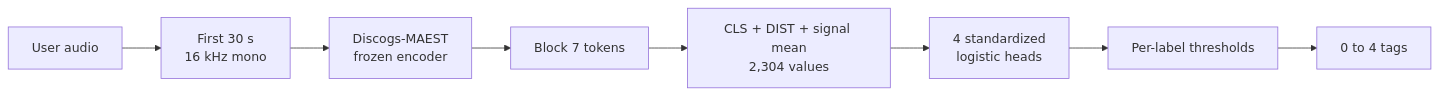
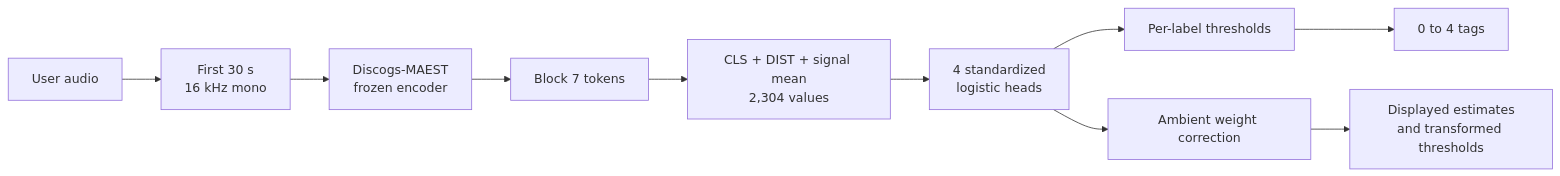
Before and after one commit to f0rKyrie1rving/music-classification: the diagram in README.md, drawn with Mermaid. The commit also changed other lines of this file and 16 other files, not shown here.

Commit message:
Improve application probability estimates with class-weight correction

````diff
--- a/README.md
+++ b/README.md
@@ -125,10 +137,12 @@
 ```mermaid
 flowchart LR
     A[User audio] --> B[First 30 s<br/>16 kHz mono]
     B --> C[Discogs-MAEST<br/>frozen encoder]
     C --> D[Block 7 tokens]
     D --> E[CLS + DIST + signal mean<br/>2,304 values]
     E --> F[4 standardized<br/>logistic heads]
     F --> G[Per-label thresholds]
     G --> H[0 to 4 tags]
+    F --> I[Ambient weight correction]
+    I --> J[Displayed estimates<br/>and transformed thresholds]
 ```
````
